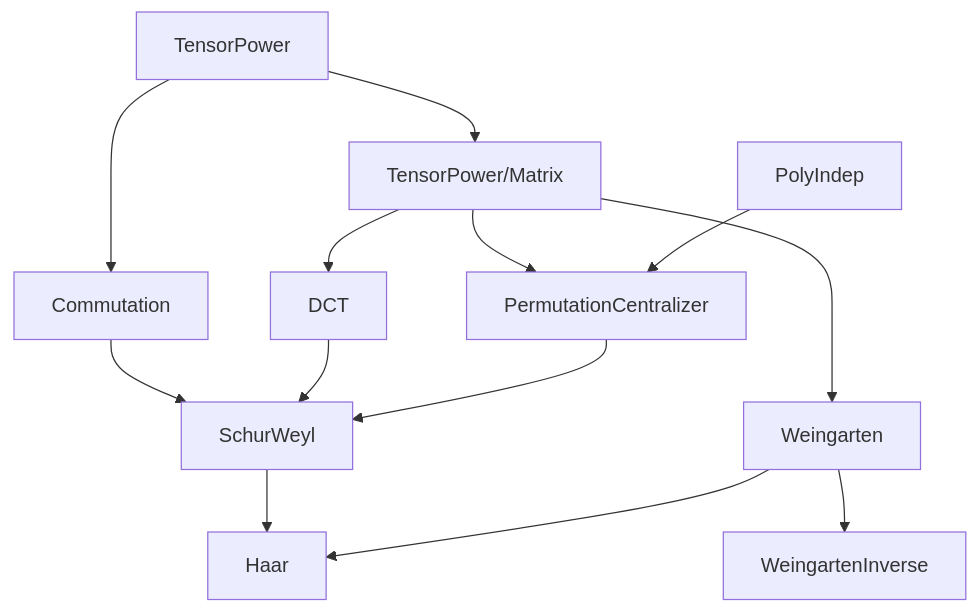
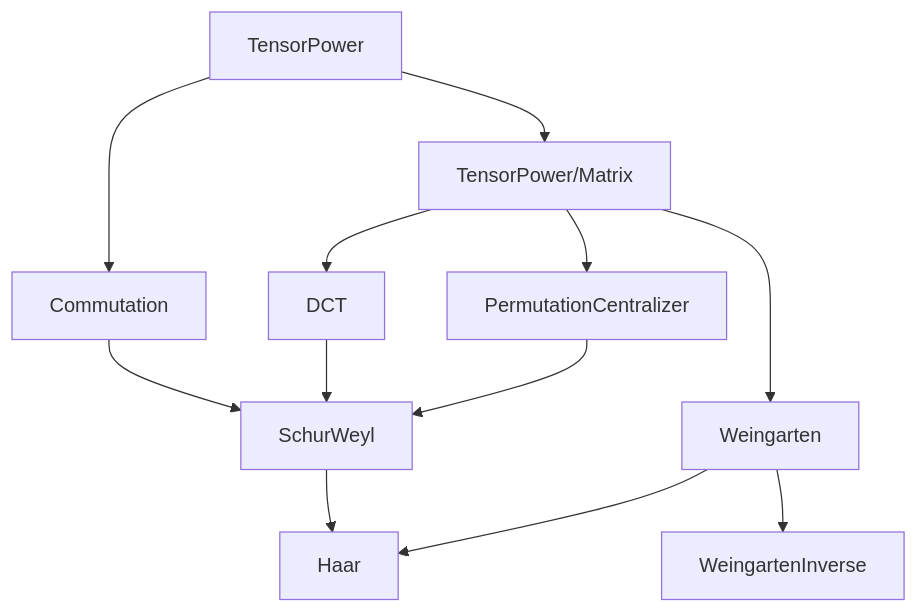
Before and after one commit to teng10/lean-haar: the second of 6 diagrams in docs/ModuleMap.md, drawn with Mermaid. The commit also changed other lines of this file and 6 other files, not shown here.

````diff
--- a/docs/ModuleMap.md
+++ b/docs/ModuleMap.md
@@ -49,15 +49,14 @@
 ```mermaid
 flowchart TD
   T["TensorPower"] --> M["TensorPower/Matrix"]
   T --> C["Commutation"]
   M --> D["DCT"]
   M --> P["PermutationCentralizer"]
-  PI["PolyIndep"] --> P
   C --> S["SchurWeyl"]
   D --> S
   P --> S
   M --> W["Weingarten"]
   S --> H["Haar"]
   W --> H
   W --> I["WeingartenInverse"]
 ```
````
